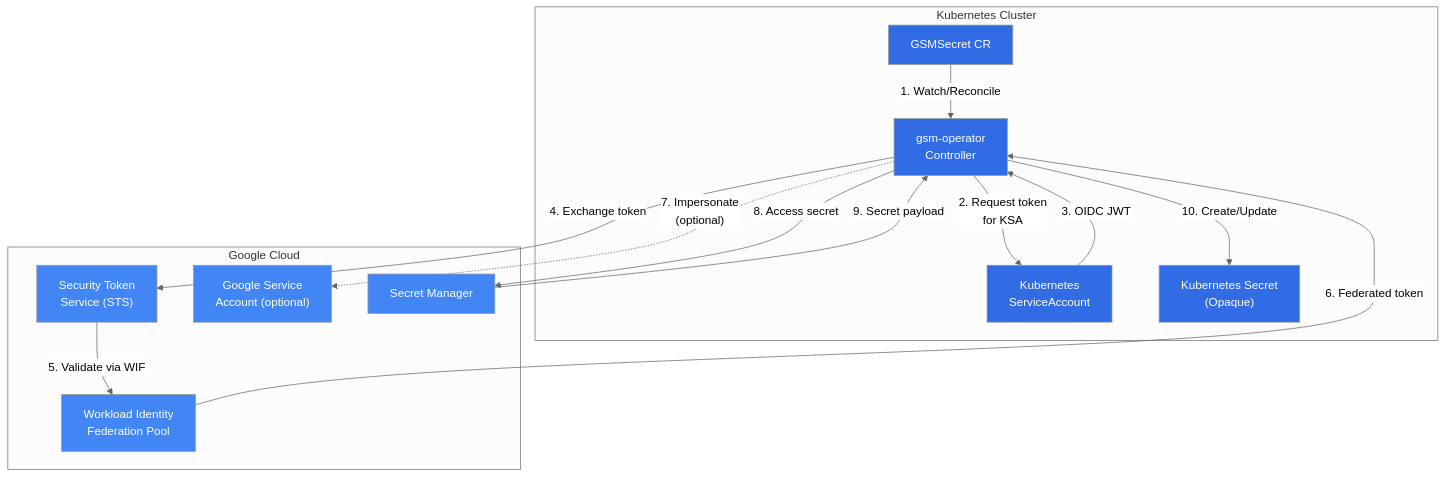
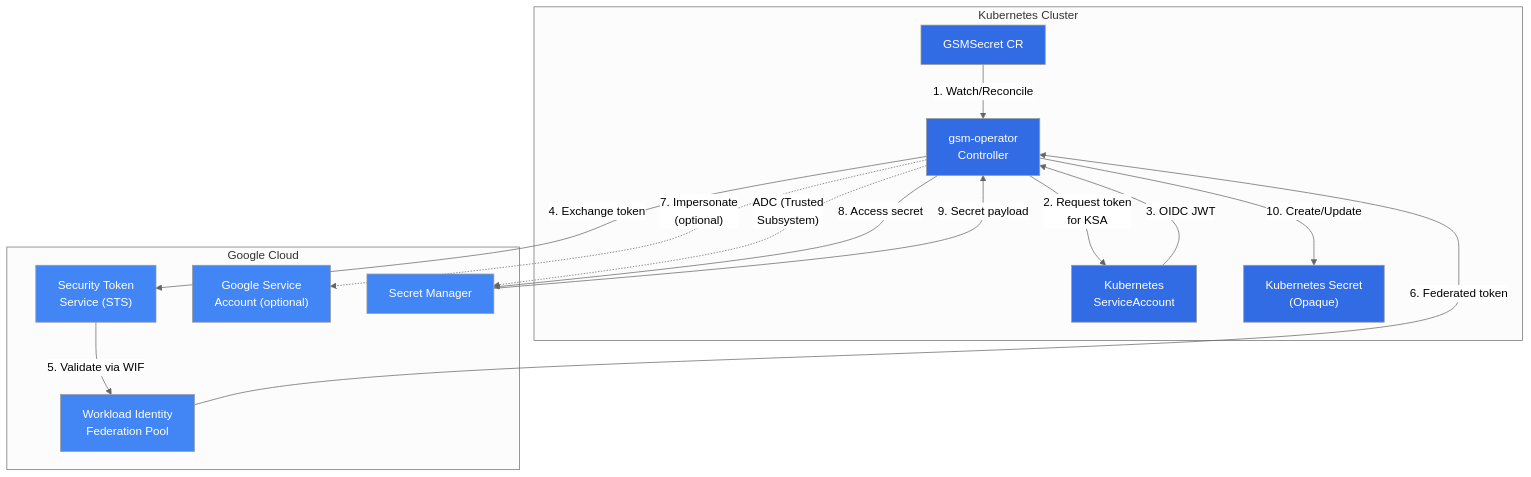
The diagram in README.md (zeraholladay/gsm-operator), drawn with Mermaid (neutral theme) before and after one commit. The commit also changed other lines of this file and 6 other files, not shown here.

````diff
--- a/README.md
+++ b/README.md
@@ -28,36 +42,43 @@
 ```mermaid
 flowchart TB
     subgraph k8s["Kubernetes Cluster"]
         gsmsecret["GSMSecret CR"]
         controller["gsm-operator<br/>Controller"]
         ksa["Kubernetes<br/>ServiceAccount"]
         secret["Kubernetes Secret<br/>(Opaque)"]
     end
     
     subgraph gcp["Google Cloud"]
         wif["Workload Identity<br/>Federation Pool"]
         sts["Security Token<br/>Service (STS)"]
         gsa["Google Service<br/>Account (optional)"]
         gsm["Secret Manager"]
     end
     
     gsmsecret -->|"1. Watch/Reconcile"| controller
+    
+    %% WIF Mode (solid lines)
     controller -->|"2. Request token<br/>for KSA"| ksa
     ksa -->|"3. OIDC JWT"| controller
     controller -->|"4. Exchange token"| sts
     sts -->|"5. Validate via WIF"| wif
     wif -->|"6. Federated token"| controller
     controller -.->|"7. Impersonate<br/>(optional)"| gsa
+    
+    %% Trusted Subsystem Mode (dashed line, bypasses WIF)
+    controller -.->|"ADC (Trusted<br/>Subsystem)"| gsm
+    
+    %% Common path
     controller -->|"8. Access secret"| gsm
     gsm -->|"9. Secret payload"| controller
     controller -->|"10. Create/Update"| secret
 
     style gsmsecret fill:#326ce5,color:#fff
     style secret fill:#326ce5,color:#fff
     style controller fill:#326ce5,color:#fff
     style ksa fill:#326ce5,color:#fff
     style gsm fill:#4285f4,color:#fff
     style wif fill:#4285f4,color:#fff
     style sts fill:#4285f4,color:#fff
     style gsa fill:#4285f4,color:#fff
 ```
````
